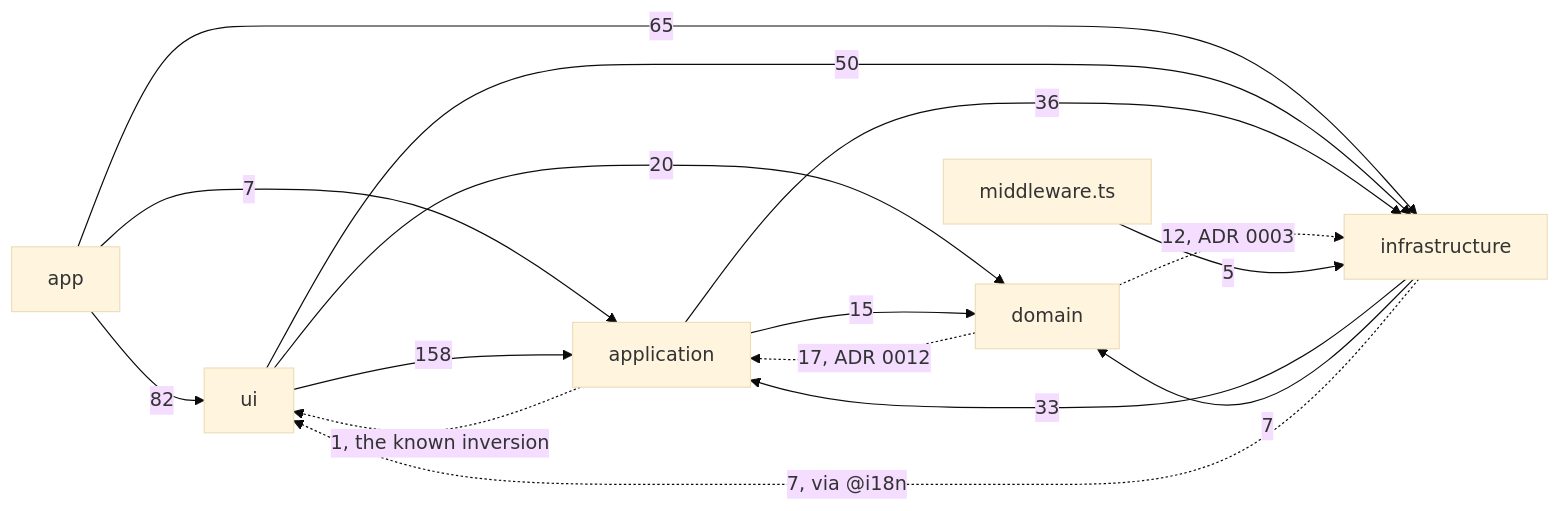
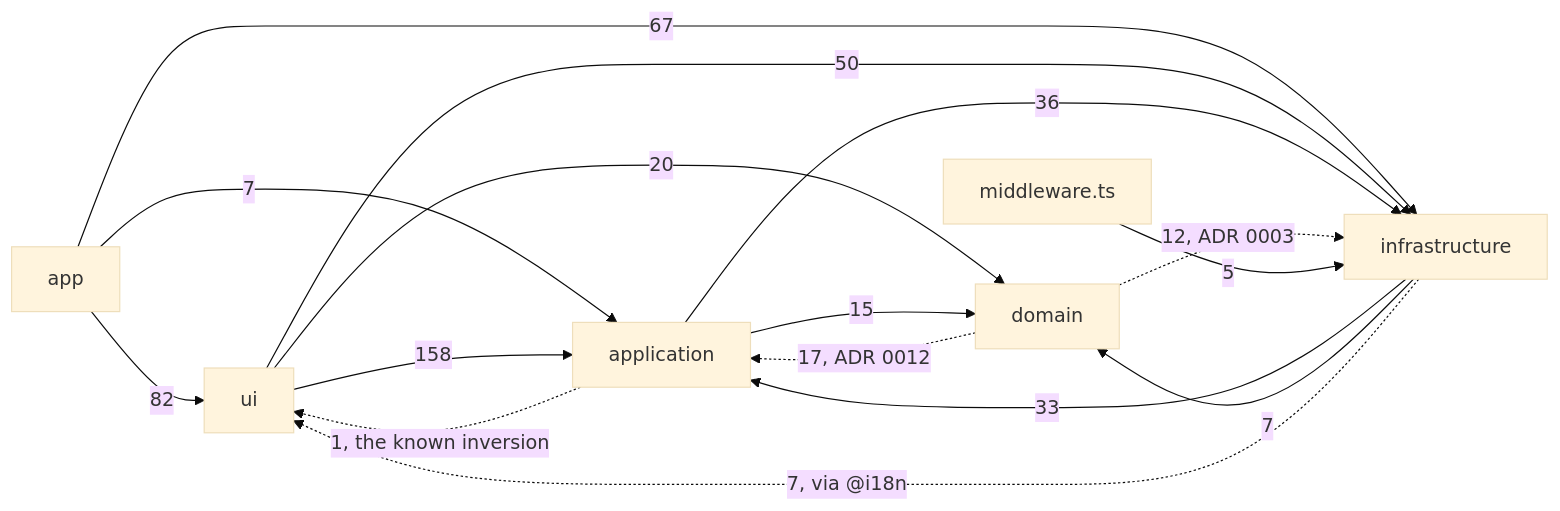
The diagram in apps/docs/src/content/docs/architecture/overview.mdx (fbuireu/forever-pto), drawn with Mermaid (base theme) before and after one commit. The commit also changed other lines of this file, not shown here.

Commit message:
docs(docs): recount the app layer's imports of infrastructure

````diff
--- a/apps/docs/src/content/docs/architecture/overview.mdx
+++ b/apps/docs/src/content/docs/architecture/overview.mdx
@@ -47,24 +47,24 @@
 ```mermaid
 flowchart LR
   APP[app]
   UI[ui]
   APPL[application]
   DOM[domain]
   INFRA[infrastructure]
   MW[middleware.ts]
   APP -->|82| UI
   APP -->|7| APPL
-  APP -->|65| INFRA
+  APP -->|67| INFRA
   UI -->|158| APPL
   UI -->|20| DOM
   UI -->|50| INFRA
   APPL -->|15| DOM
   APPL -->|36| INFRA
   APPL -.->|1, the known inversion| UI
   DOM -.->|17, ADR 0012| APPL
   DOM -.->|12, ADR 0003| INFRA
   INFRA -->|33| APPL
   INFRA -->|7| DOM
   INFRA -.->|7, via @i18n| UI
   MW -->|5| INFRA
 ```
````
